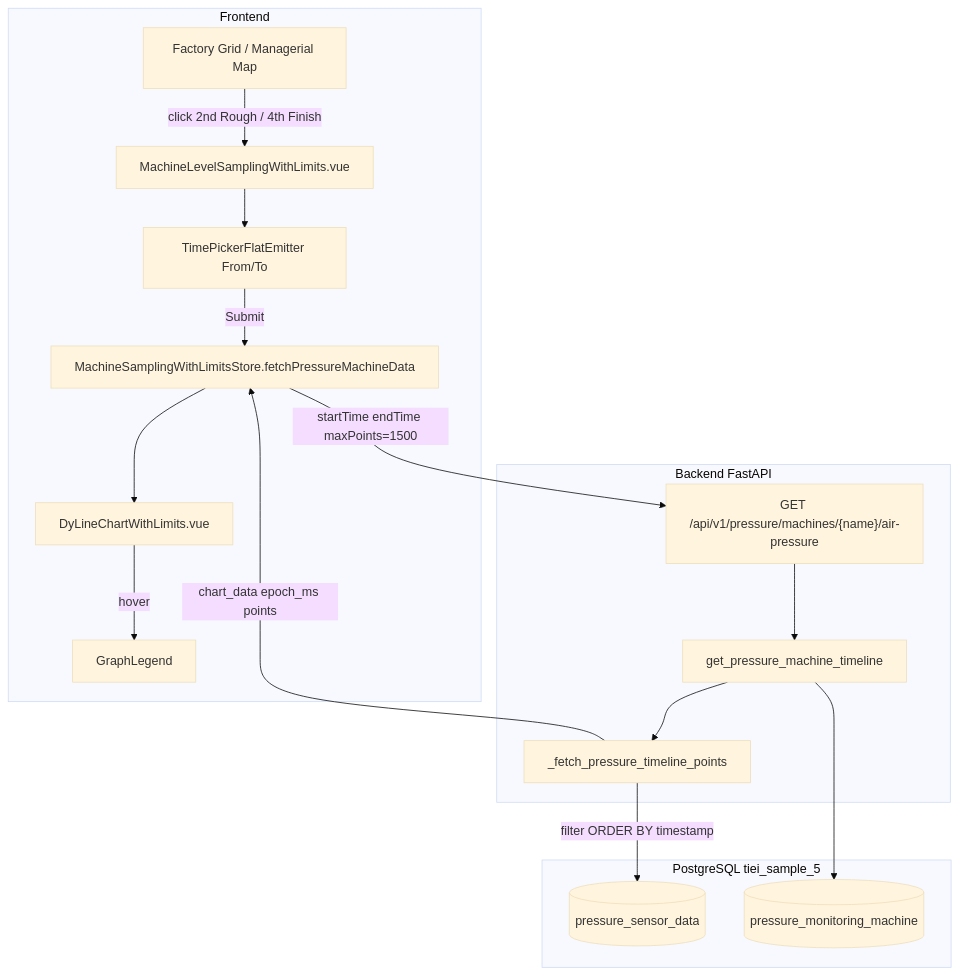
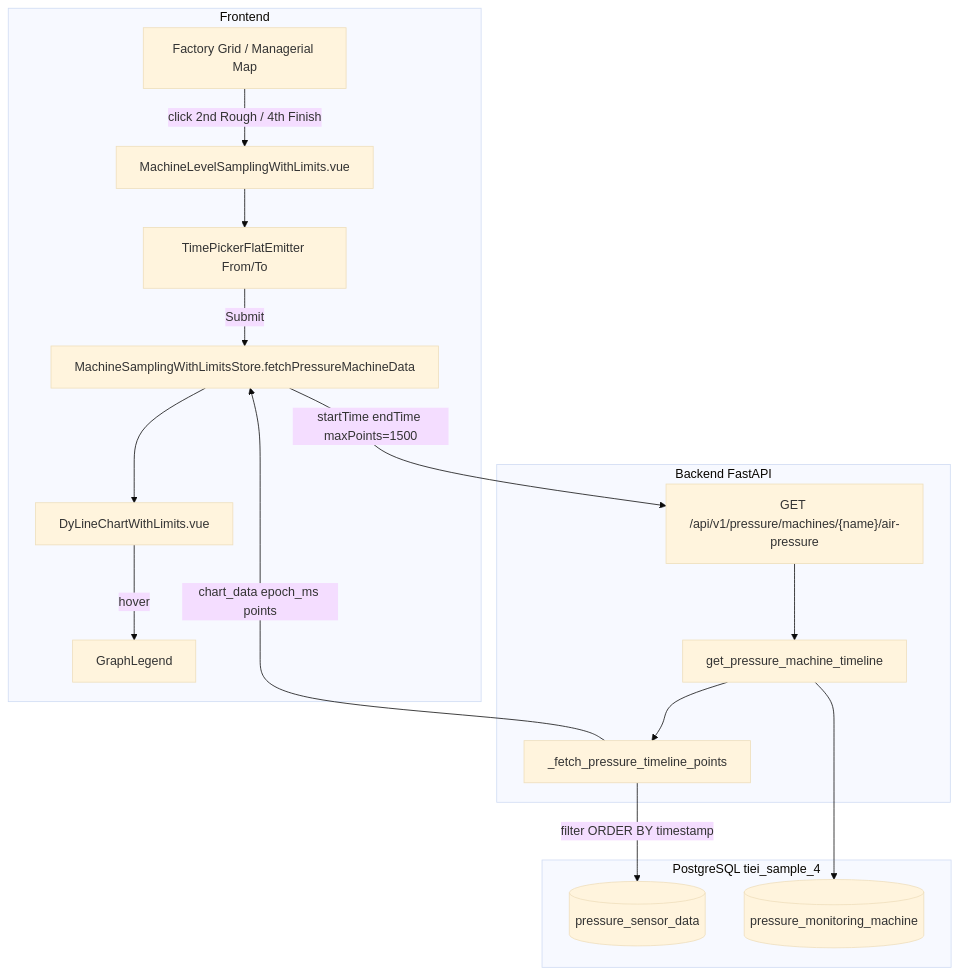
The diagram in PRESSURE_TIME_SERIES_GRAPH_README.md (testgithubskit/TIEI), drawn with Mermaid (base theme) before and after one commit. The commit also changed other lines of this file and 436 other files, not shown here.

````diff
--- a/PRESSURE_TIME_SERIES_GRAPH_README.md
+++ b/PRESSURE_TIME_SERIES_GRAPH_README.md
@@ -108,26 +108,26 @@
 ```mermaid
 flowchart TB
   subgraph UI["Frontend"]
     A[Factory Grid / Managerial Map] -->|click 2nd Rough / 4th Finish| B[MachineLevelSamplingWithLimits.vue]
     B --> C[TimePickerFlatEmitter From/To]
     C -->|Submit| D[MachineSamplingWithLimitsStore.fetchPressureMachineData]
     D --> E[DyLineChartWithLimits.vue]
     E -->|hover| F[GraphLegend]
   end
 
   subgraph API["Backend FastAPI"]
     G["GET /api/v1/pressure/machines/{name}/air-pressure"]
     G --> H[get_pressure_machine_timeline]
     H --> I[_fetch_pressure_timeline_points]
   end
 
-  subgraph DB["PostgreSQL tiei_sample_5"]
+  subgraph DB["PostgreSQL tiei_sample_4"]
     J[(pressure_sensor_data)]
     K[(pressure_monitoring_machine)]
   end
 
   D -->|startTime endTime maxPoints=1500| G
   I -->|filter ORDER BY timestamp| J
   H --> K
   I -->|chart_data epoch_ms points| D
 ```
````
